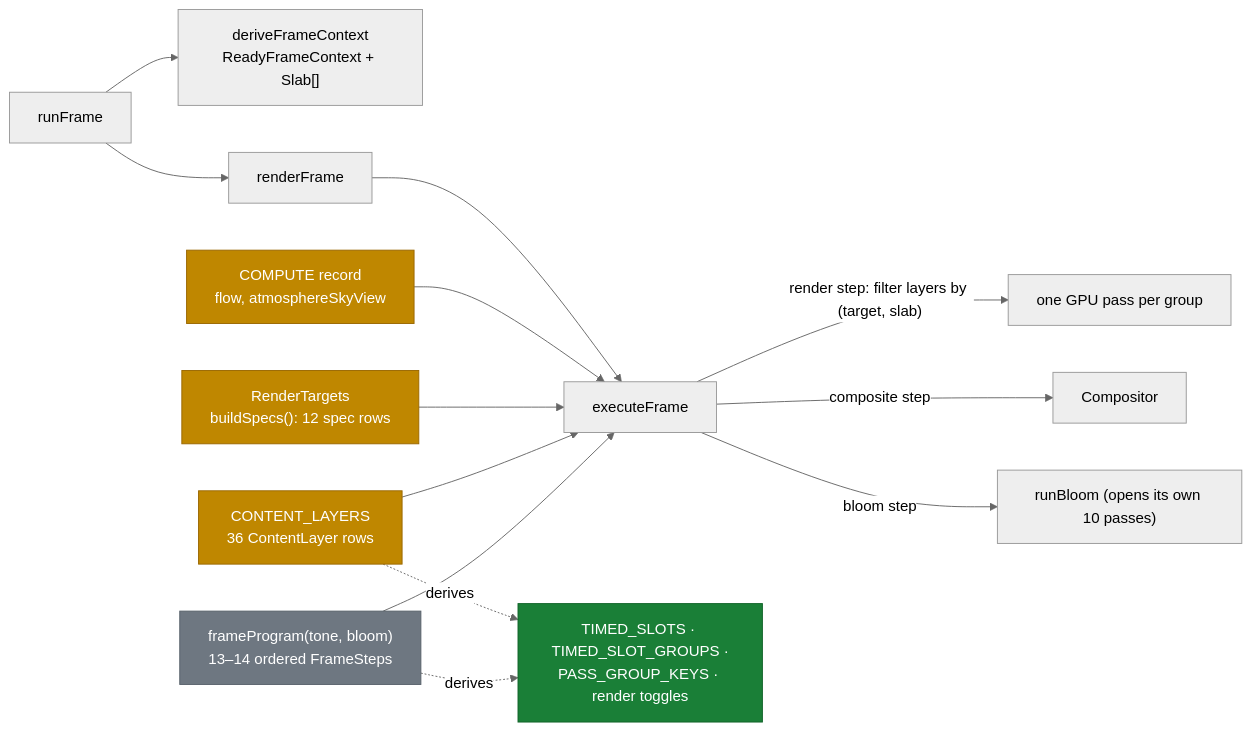
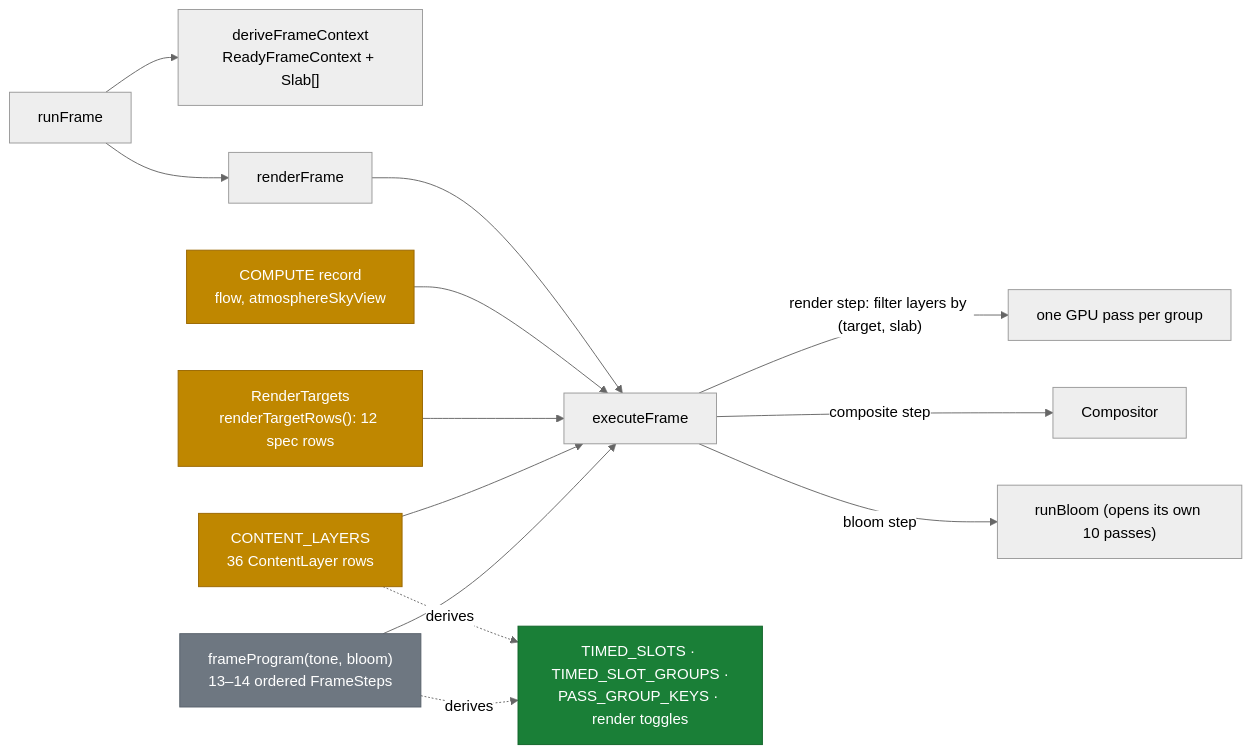
Before and after one commit to rulkens/skymap: the second of 5 diagrams in docs/research/engine/current-contracts-map.md, drawn with Mermaid (neutral theme). The commit also changed 1 other file, not shown here.

Commit message:
docs(plan): rung-3 generated-staleness mini-plan, adversarially reviewed
Fresh survey found 7 true staleness-idiom sites (the old ~8x count
included the divisor rebuild rung 2 already migrated). The adversarial
review broke the draft's one-row registry shape — closure rows have
nowhere to concatenate and the membership test only ever admits the one
branch inlined in runFrame — so the plan ships the honest collapse:
MilkyWayCloud.reconcile owns the compare, runFrame keeps one declarative
call (the RenderTargets.reconcile pattern), and decision #13 records the
per-site rulings + a checkable rung-4 re-open condition for the registry
question. 7 tasks, behaviour-neutral.

Also rides along: current-contracts-map.md mermaid label buildSpecs ->
renderTargetRows (stale since rung 2), parked in the rung-2 ledger.

````diff
--- a/docs/research/engine/current-contracts-map.md
+++ b/docs/research/engine/current-contracts-map.md
@@ -56,21 +56,21 @@
 ```mermaid
 flowchart LR
     RF["runFrame"] --> CTX["deriveFrameContext<br/>ReadyFrameContext + Slab[]"]
     RF --> RD["renderFrame"]
     FP["frameProgram(tone, bloom)<br/>13–14 ordered FrameSteps"] --> EX["executeFrame"]
     CL["CONTENT_LAYERS<br/>36 ContentLayer rows"] --> EX
-    RT["RenderTargets<br/>buildSpecs(): 12 spec rows"] --> EX
+    RT["RenderTargets<br/>renderTargetRows(): 12 spec rows"] --> EX
     CR["COMPUTE record<br/>flow, atmosphereSkyView"] --> EX
     RD --> EX
     EX -->|"render step: filter layers by (target, slab)"| PASS["one GPU pass per group"]
     EX -->|"composite step"| CMP["Compositor"]
     EX -->|"bloom step"| BLM["runBloom (opens its own 10 passes)"]
     FP -.derives.-> TS["TIMED_SLOTS · TIMED_SLOT_GROUPS ·<br/>PASS_GROUP_KEYS · render toggles"]
     CL -.derives.-> TS
     classDef good fill:#1a7f37,stroke:#116329,color:#ffffff
     classDef warn fill:#bf8700,stroke:#9a6700,color:#ffffff
     classDef out fill:#6e7781,stroke:#57606a,color:#ffffff
     class TS good
     class CL,RT,CR warn
     class FP out
 ```
````
